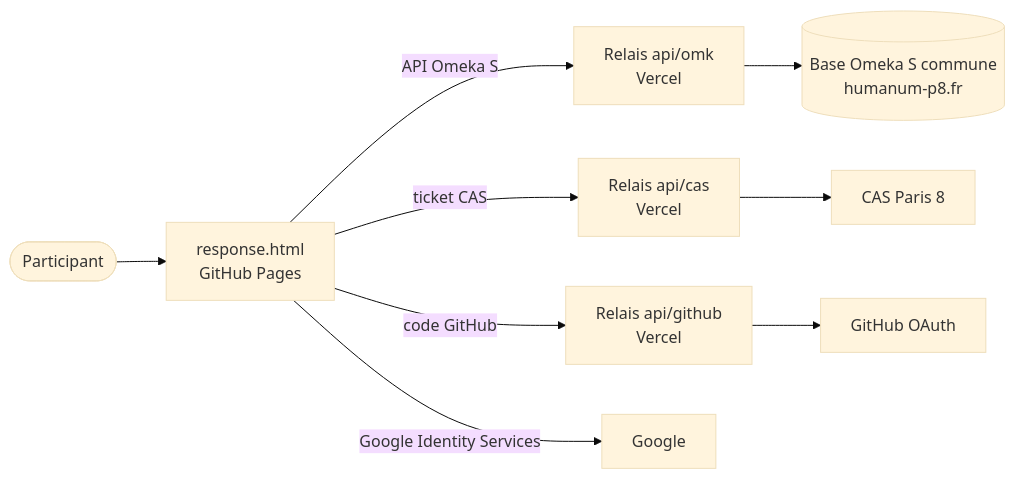
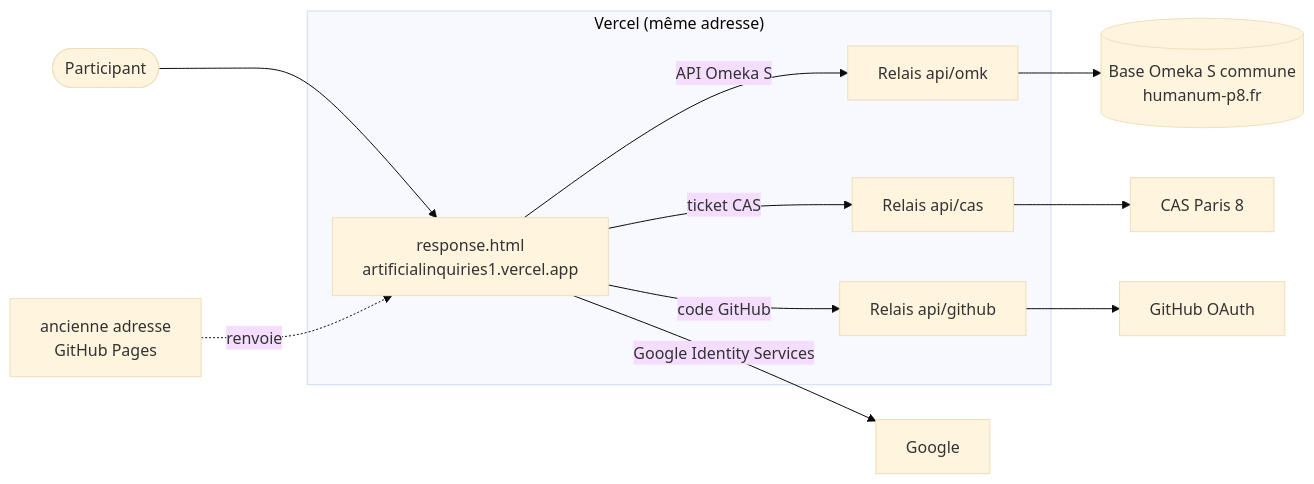
One commit to AntoineJarnoux/ArtificialInquiries_1 changed the diagram in README.md. Above: the diagram before and after it, drawn with Mermaid (base theme). The commit also changed other lines of this file and 6 other files, not shown here.

````diff
--- a/README.md
+++ b/README.md
@@ -68,11 +68,18 @@
 ```mermaid
 flowchart LR
-    U(["Participant"]) --> P["response.html<br/>GitHub Pages"]
-    P -->|"API Omeka S"| R1["Relais api/omk<br/>Vercel"]
+    U(["Participant"]) --> P["response.html<br/>artificialinquiries1.vercel.app"]
+    GP["ancienne adresse<br/>GitHub Pages"] -.->|"renvoie"| P
+    subgraph V["Vercel (même adresse)"]
+        P
+        R1["Relais api/omk"]
+        R2["Relais api/cas"]
+        R3["Relais api/github"]
+    end
+    P -->|"API Omeka S"| R1
     R1 --> O[("Base Omeka S commune<br/>humanum-p8.fr")]
-    P -->|"ticket CAS"| R2["Relais api/cas<br/>Vercel"]
+    P -->|"ticket CAS"| R2
     R2 --> C["CAS Paris 8"]
-    P -->|"code GitHub"| R3["Relais api/github<br/>Vercel"]
+    P -->|"code GitHub"| R3
     R3 --> G["GitHub OAuth"]
     P -->|"Google Identity Services"| GG["Google"]
 ```
````
